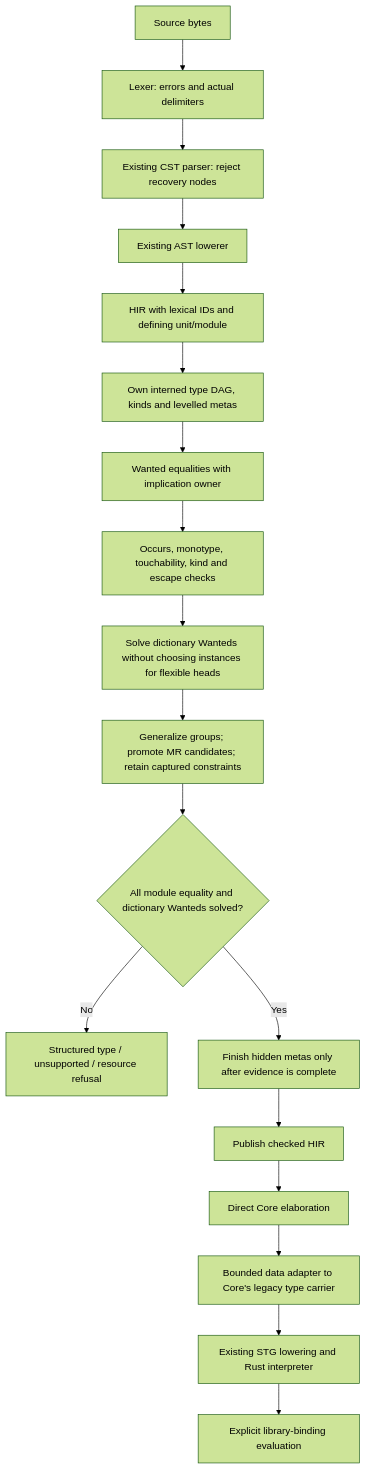
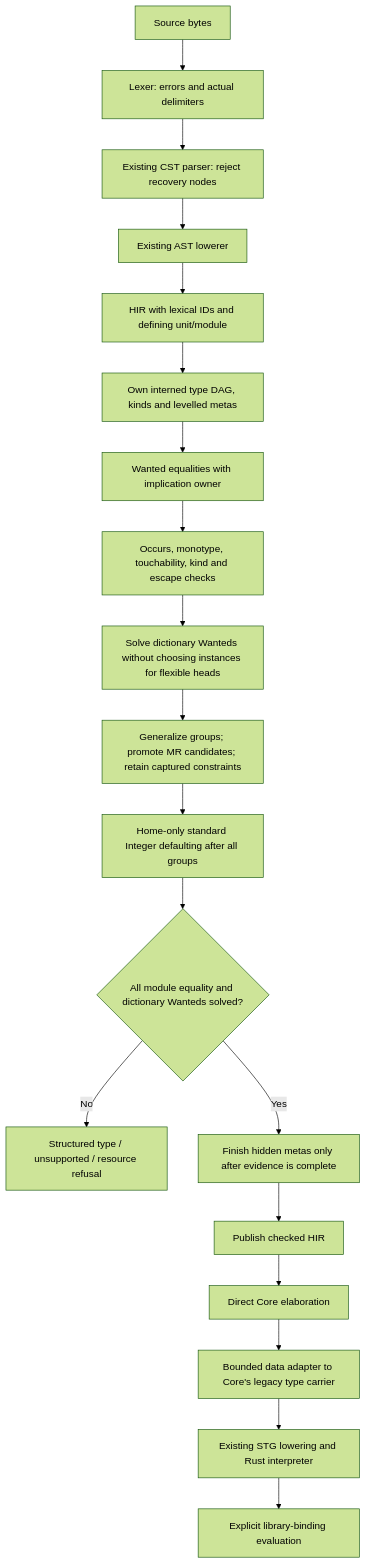
One commit to loveJesus/haskelujah-chirho changed the diagram in spec-chirho/workflows-chirho/next-pipeline-chirho/check-and-elaborate-chirho.md. Above: the diagram before and after it, drawn with Mermaid (forest theme). The commit also changed other lines of this file and 4 other files, not shown here.

````diff
--- a/spec-chirho/workflows-chirho/next-pipeline-chirho/check-and-elaborate-chirho.md
+++ b/spec-chirho/workflows-chirho/next-pipeline-chirho/check-and-elaborate-chirho.md
@@ -9,20 +9,21 @@
 ```mermaid
 flowchart TD
   A["Source bytes"] --> B["Lexer: errors and actual delimiters"]
   B --> C["Existing CST parser: reject recovery nodes"]
   C --> D["Existing AST lowerer"]
   D --> E["HIR with lexical IDs and defining unit/module"]
   E --> F["Own interned type DAG, kinds and levelled metas"]
   F --> G["Wanted equalities with implication owner"]
   G --> H["Occurs, monotype, touchability, kind and escape checks"]
   H --> P["Solve dictionary Wanteds without choosing instances for flexible heads"]
   P --> Q["Generalize groups; promote MR candidates; retain captured constraints"]
-  Q --> I{"All module equality and dictionary Wanteds solved?"}
+  Q --> DF["Home-only standard Integer defaulting after all groups"]
+  DF --> I{"All module equality and dictionary Wanteds solved?"}
   I -->|No| R["Structured type / unsupported / resource refusal"]
   I -->|Yes| Z["Finish hidden metas only after evidence is complete"]
   Z --> J["Publish checked HIR"]
   J --> K["Direct Core elaboration"]
   K --> L["Bounded data adapter to Core's legacy type carrier"]
   L --> M["Existing STG lowering and Rust interpreter"]
   M --> N["Explicit library-binding evaluation"]
 ```
````
